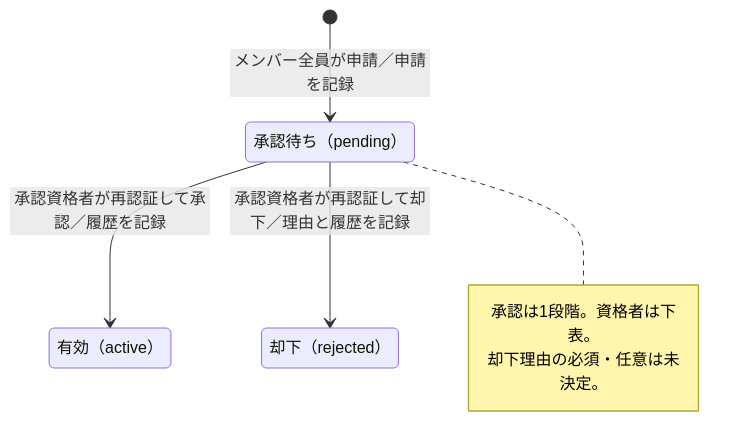
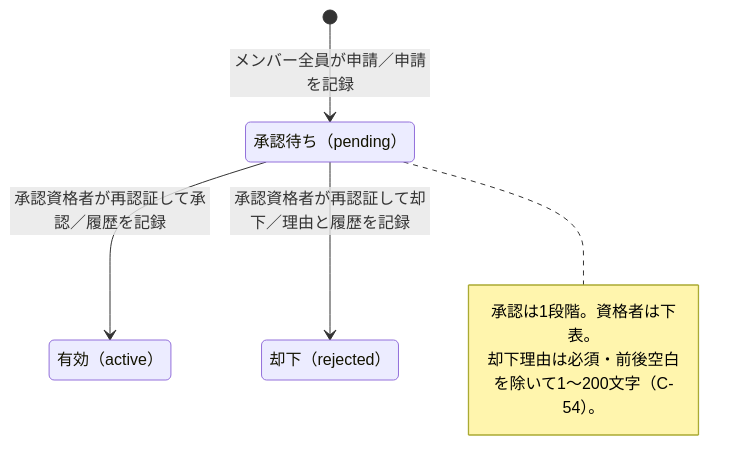
The first of 8 diagrams in docs/requirements/state-transitions.md (yamamotonaoki3/internal-system), drawn with Mermaid before and after one commit. The commit also changed other lines of this file and 20 other files, not shown here.

````diff
--- a/docs/requirements/state-transitions.md
+++ b/docs/requirements/state-transitions.md
@@ -23,13 +25,13 @@
 ```mermaid
 stateDiagram-v2
     state "承認待ち（pending）" as ChPending
     state "有効（active）" as ChActive
     state "却下（rejected）" as ChRejected
     [*] --> ChPending: メンバー全員が申請／申請を記録
     ChPending --> ChActive: 承認資格者が再認証して承認／履歴を記録
     ChPending --> ChRejected: 承認資格者が再認証して却下／理由と履歴を記録
     note right of ChPending
         承認は1段階。資格者は下表。
-        却下理由の必須・任意は未決定。
+        却下理由は必須・前後空白を除いて1〜200文字（C-54）。
     end note
 ```
````
